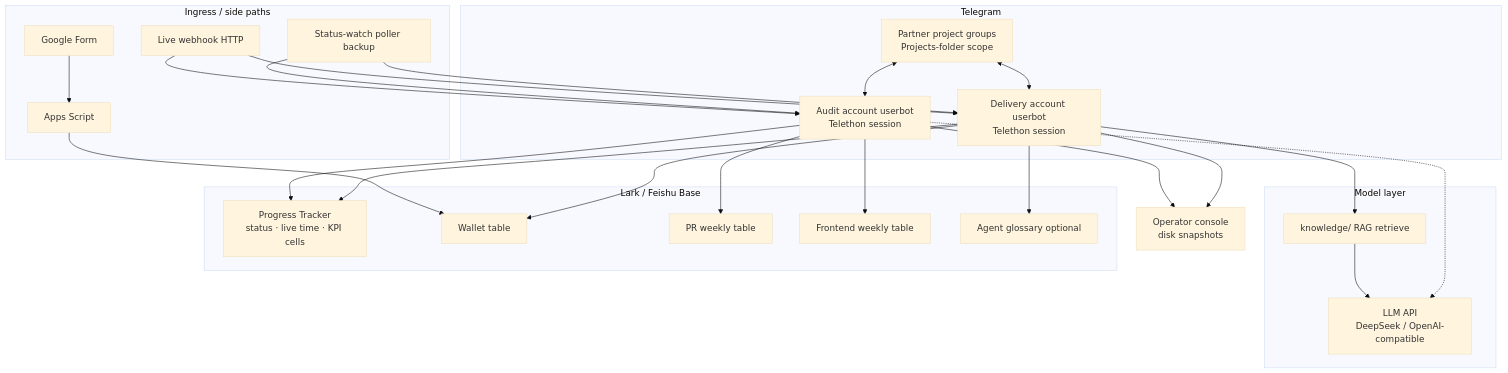
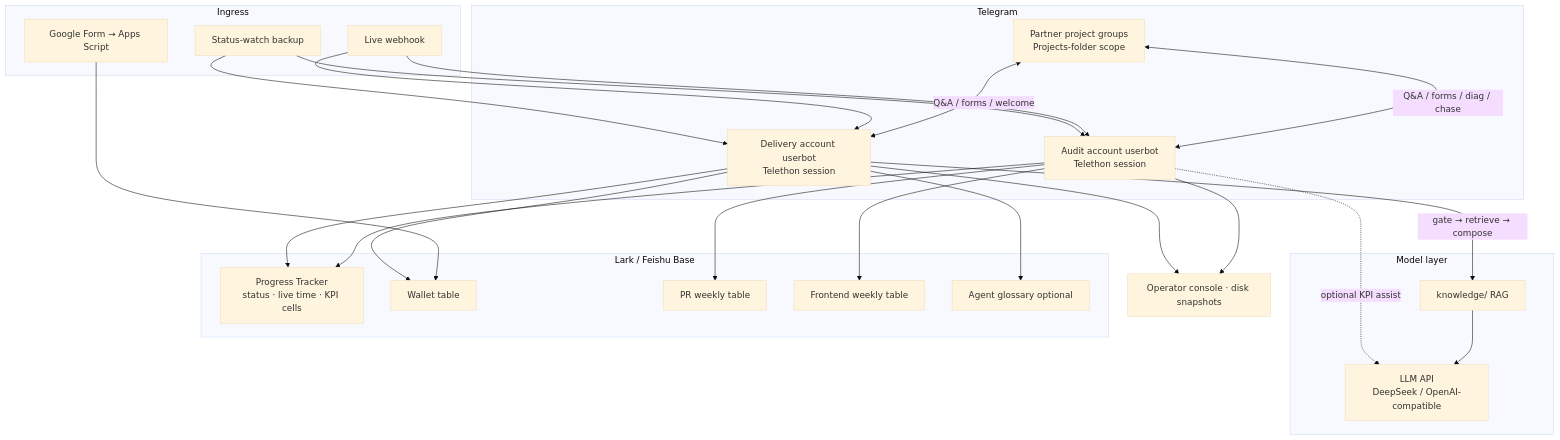
The diagram in README.md (Toytheboss/delivery-agent), drawn with Mermaid (base theme) before and after one commit. The commit also changed other lines of this file and 1 other file, not shown here.

First line of the commit message:
Collapse README Architecture to a single Mermaid topology.

````diff
--- a/README.md
+++ b/README.md
@@ -227,48 +225,47 @@
 ```mermaid
 flowchart TB
   subgraph Channel["Telegram"]
     UG["Partner project groups<br/>Projects-folder scope"]
     UA["Audit account userbot<br/>Telethon session"]
     UD["Delivery account userbot<br/>Telethon session"]
   end
 
   subgraph Brain["Model layer"]
-    RAG["knowledge/ RAG retrieve"]
+    RAG["knowledge/ RAG"]
     LLM["LLM API<br/>DeepSeek / OpenAI-compatible"]
   end
 
   subgraph Lark["Lark / Feishu Base"]
     PT["Progress Tracker<br/>status · live time · KPI cells"]
     WT["Wallet table"]
     PR["PR weekly table"]
     FE["Frontend weekly table"]
     KB["Agent glossary optional"]
   end
 
-  subgraph Edge["Ingress / side paths"]
-    WH["Live webhook HTTP"]
-    SW["Status-watch poller backup"]
-    GF["Google Form"]
-    AS["Apps Script"]
+  subgraph Edge["Ingress"]
+    WH["Live webhook"]
+    SW["Status-watch backup"]
+    GF["Google Form → Apps Script"]
   end
 
-  OC["Operator console<br/>disk snapshots"]
+  OC["Operator console · disk snapshots"]
 
-  UG <--> UA
-  UG <--> UD
-  UD --> RAG --> LLM
-  UA -.-> LLM
+  UG <-->|"Q&A / forms / diag / chase"| UA
+  UG <-->|"Q&A / forms / welcome"| UD
+  UD -->|"gate → retrieve → compose"| RAG --> LLM
+  UA -.->|"optional KPI assist"| LLM
   WH --> UD
   WH --> UA
   SW --> UD
   SW --> UA
-  GF --> AS --> WT
+  GF --> WT
   UA --> PT
   UD --> PT
   UD --> WT
   UA --> PR
   UA --> FE
   UD --> KB
   UA --> OC
   UD --> OC
 ```
````
